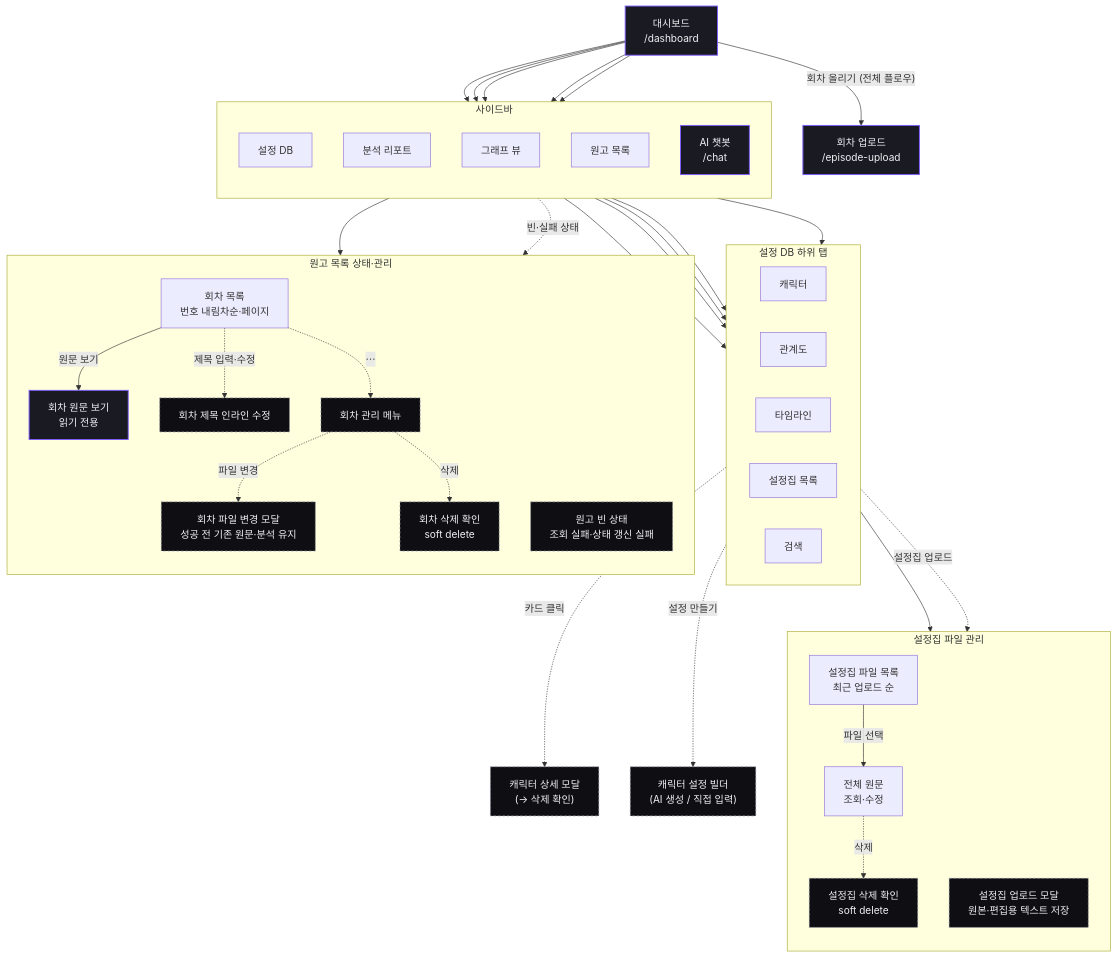
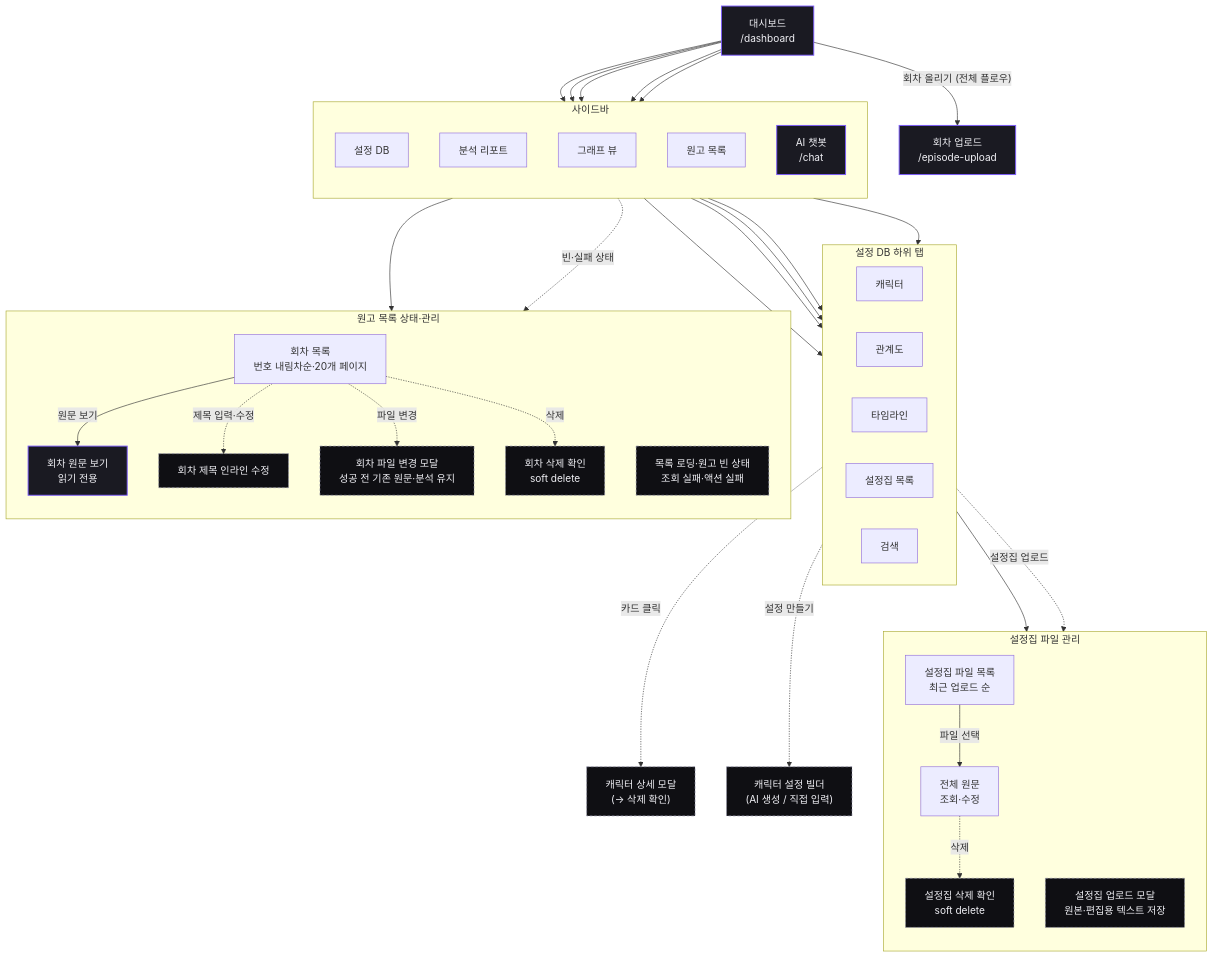
The fifth of 7 diagrams in docs/screen-flow.md (catchhole-soma/catchhole-front), drawn with Mermaid before and after one commit. The commit also changed other lines of this file and 11 other files, not shown here.

````diff
--- a/docs/screen-flow.md
+++ b/docs/screen-flow.md
@@ -221,69 +221,67 @@
 ```mermaid
 flowchart TD
   dashboard["대시보드<br/>/dashboard"]:::private
 
   subgraph SIDEBAR["사이드바"]
     direction TB
     nav_settingDB["설정 DB"]
     nav_reports["분석 리포트"]
     nav_graph["그래프 뷰"]
     nav_manuscripts["원고 목록"]
     nav_chat["AI 챗봇<br/>/chat"]:::private
   end
 
   dashboard --> nav_settingDB
   dashboard --> nav_reports
   dashboard --> nav_graph
   dashboard --> nav_manuscripts
   dashboard --> nav_chat
 
   subgraph TABS["설정 DB 하위 탭"]
     direction LR
     t_char["캐릭터"]
     t_rel["관계도"]
     t_time["타임라인"]
     t_world["설정집 목록"]
     t_search["검색"]
   end
   nav_settingDB --> t_char & t_rel & t_time & t_world & t_search
 
   t_char -. "카드 클릭" .-> m_chardetail["캐릭터 상세 모달<br/>(→ 삭제 확인)"]:::modal
   t_char -. "설정 만들기" .-> m_settings["캐릭터 설정 빌더<br/>(AI 생성 / 직접 입력)"]:::modal
 
   subgraph SETTING_BOOKS["설정집 파일 관리"]
     direction TB
     setting_source["설정집 파일 목록<br/>최근 업로드 순"]
     setting_viewer["전체 원문<br/>조회·수정"]
     setting_upload["설정집 업로드 모달<br/>원본·편집용 텍스트 저장"]:::modal
     setting_delete["설정집 삭제 확인<br/>soft delete"]:::modal
   end
 
   t_world --> setting_source
   setting_source -- "파일 선택" --> setting_viewer
   t_world -. "설정집 업로드" .-> setting_upload
   setting_viewer -. "삭제" .-> setting_delete
 
   subgraph MANUSCRIPTS["원고 목록 상태·관리"]
     direction TB
-    episode_list["회차 목록<br/>번호 내림차순·페이지"]
-    list_state["원고 빈 상태<br/>조회 실패·상태 갱신 실패"]:::modal
+    episode_list["회차 목록<br/>번호 내림차순·20개 페이지"]
+    list_state["목록 로딩·원고 빈 상태<br/>조회 실패·액션 실패"]:::modal
     source_viewer["회차 원문 보기<br/>읽기 전용"]:::private
     title_edit["회차 제목 인라인 수정"]:::modal
-    episode_menu["회차 관리 메뉴"]:::modal
     file_replace["회차 파일 변경 모달<br/>성공 전 기존 원문·분석 유지"]:::modal
     delete_confirm["회차 삭제 확인<br/>soft delete"]:::modal
   end
 
   nav_manuscripts --> episode_list
   nav_manuscripts -. "빈·실패 상태" .-> list_state
   episode_list -- "원문 보기" --> source_viewer
   episode_list -. "제목 입력·수정" .-> title_edit
-  episode_list -. "⋯" .-> episode_menu
-  episode_menu -. "파일 변경" .-> file_replace
-  episode_menu -. "삭제" .-> delete_confirm
+  episode_list -. "파일 변경" .-> file_replace
+  episode_list -. "삭제" .-> delete_confirm
 
   dashboard -- "회차 올리기 (전체 플로우)" --> upload["회차 업로드<br/>/episode-upload"]:::private
 
   classDef private fill:#1A1A22,stroke:#7C5CFC,stroke-width:1.5px,color:#F0F0F5;
   classDef modal fill:#0F0F13,stroke:#9090A8,stroke-dasharray:4 3,color:#F0F0F5;
 ```
````
